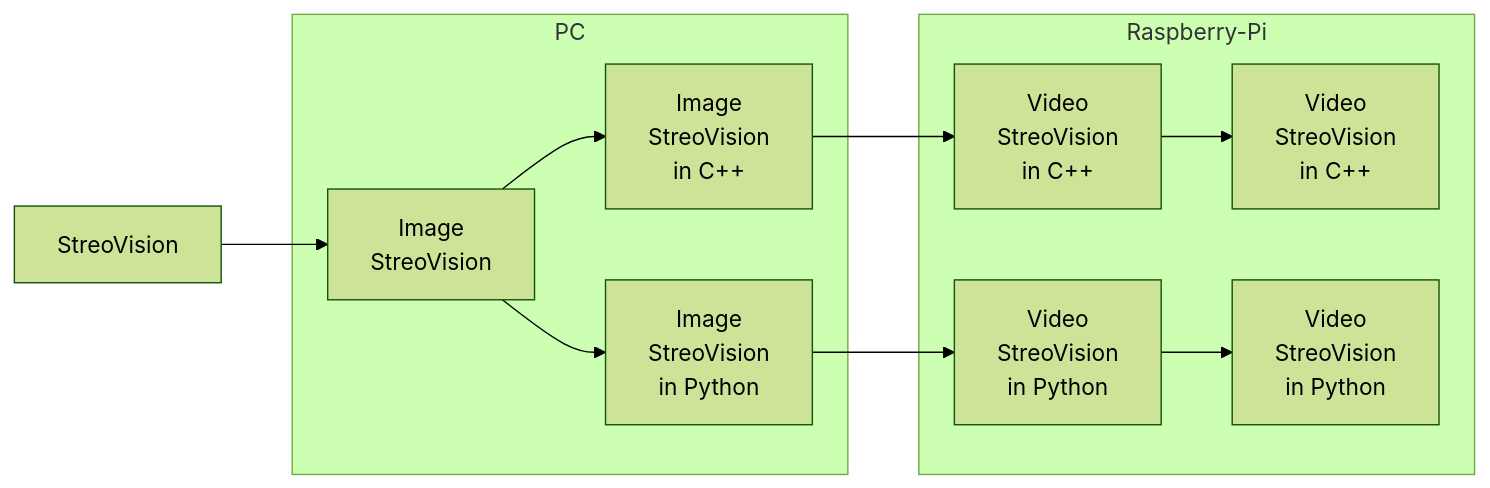
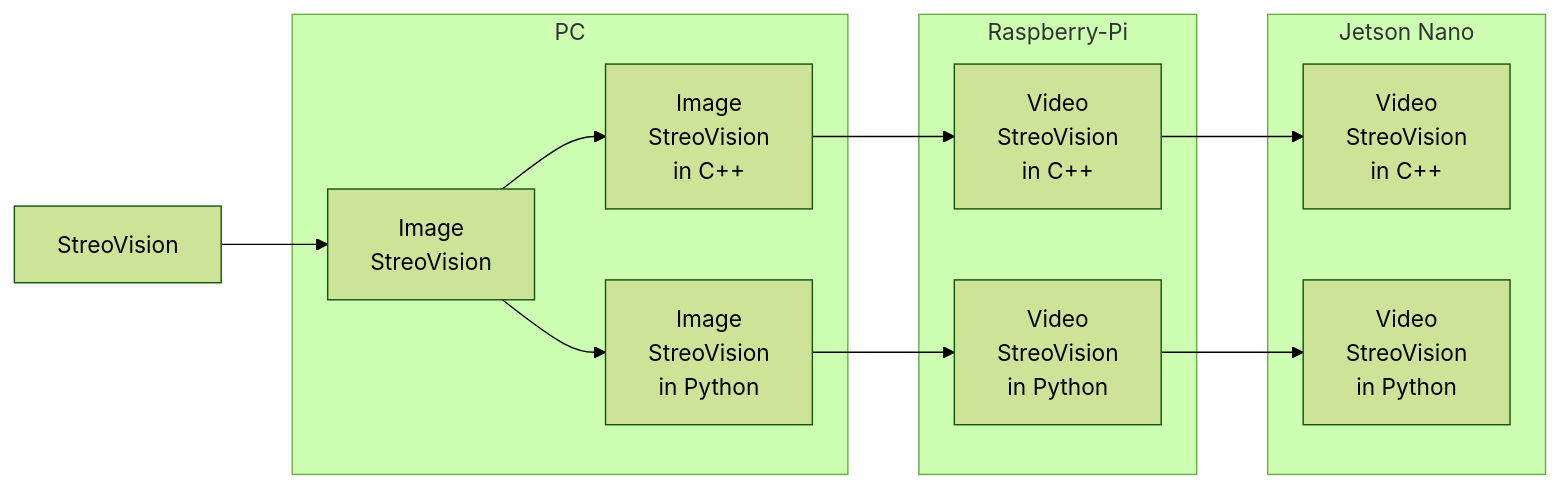
Before and after one commit to SagiK-Repository/StereoVision: the diagram in README.md, drawn with Mermaid (forest theme).

Commit message:
Edit mermaid

````diff
--- a/README.md
+++ b/README.md
@@ -9,26 +9,26 @@
 ```mermaid
 flowchart LR
 
 subgraph G_1 ["PC"]
 A_1["Image<br>StreoVision"]
 B_1["Image<br>StreoVision<br> in C++"]
 C_1["Image<br>StreoVision<br> in Python"]
 end
 
 subgraph G_2 ["Raspberry-Pi"]
 B_2["Video<br>StreoVision<br> in C++"]
 C_2["Video<br>StreoVision<br> in Python"]
 end
 
-subgraph G_2 ["Jetson Nano"]
+subgraph G_3 ["Jetson Nano"]
 B_3["Video<br>StreoVision<br> in C++"]
 C_3["Video<br>StreoVision<br> in Python"]
 end
 
 
 A_0["StreoVision"]-->A_1-->B_1 & C_1
 B_1 --> B_2 --> B_3
 C_1 --> C_2 --> C_3
 
 
 ```
````
